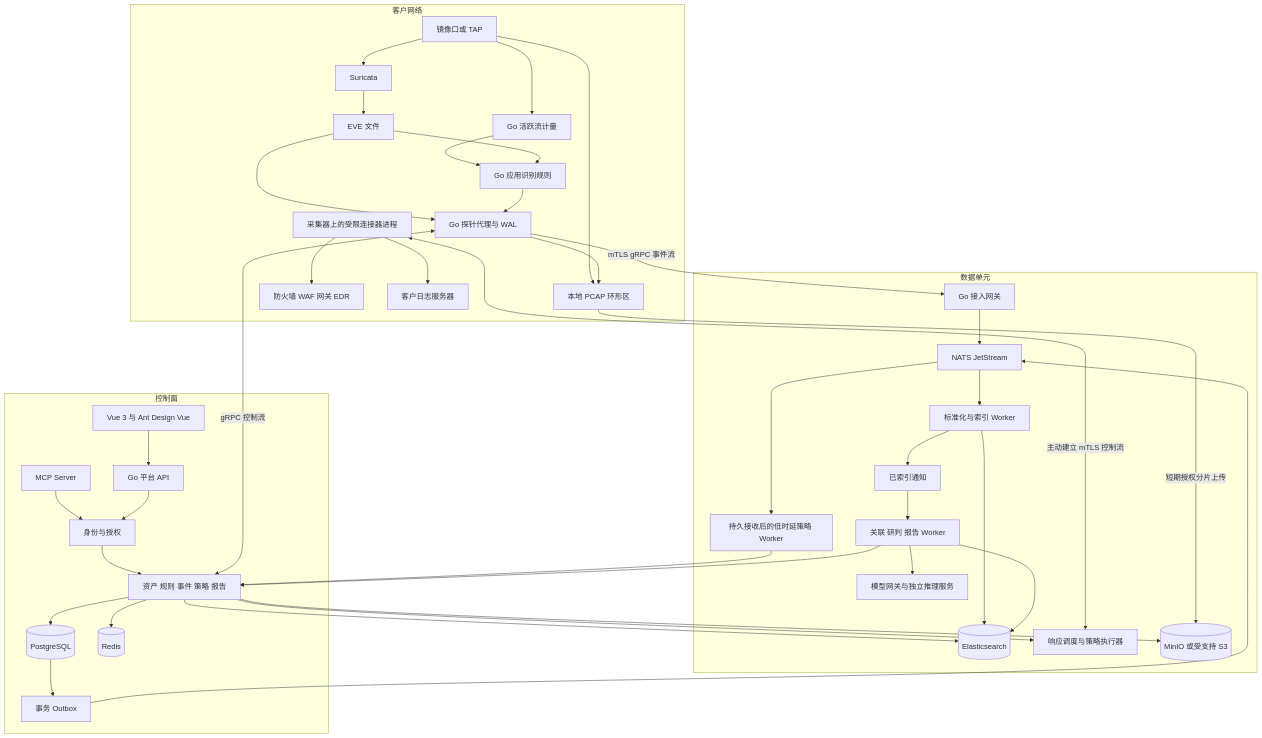
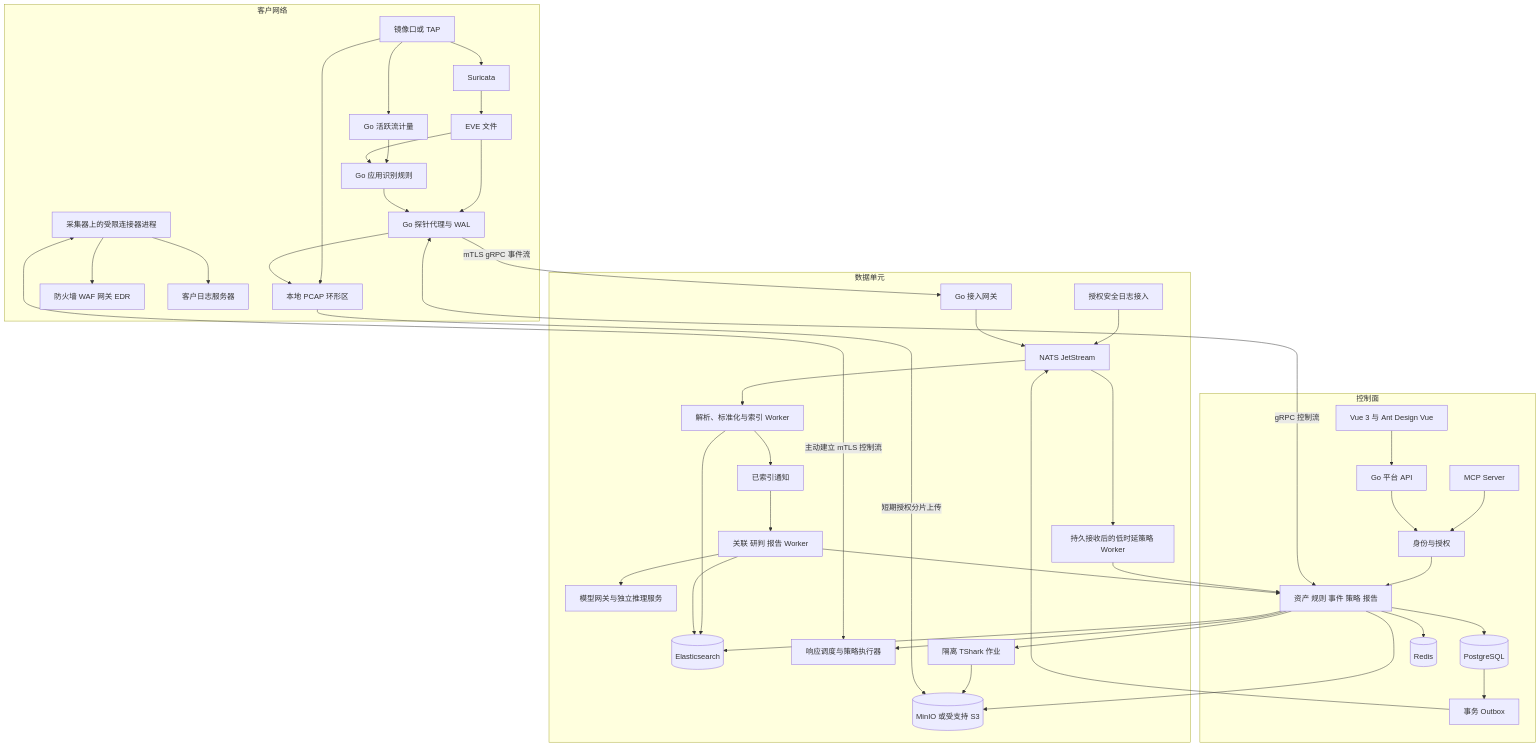
The first of 2 diagrams in docs/架构设计.md (kkx600/StarBeacon), drawn with Mermaid before and after one commit. The commit also changed other lines of this file and 19 other files, not shown here.

````diff
--- a/docs/架构设计.md
+++ b/docs/架构设计.md
@@ -34,49 +36,52 @@
 ```mermaid
 flowchart TB
   subgraph EDGE[客户网络]
     TAP[镜像口或 TAP] --> SUR[Suricata]
     SUR --> EVE[EVE 文件]
     EVE --> AG[Go 探针代理与 WAL]
     TAP --> FM[Go 活跃流计量]
     FM --> APPID[Go 应用识别规则]
     EVE --> APPID
     APPID --> AG
     TAP --> CAP[本地 PCAP 环形区]
     AG --> CAP
     RUN[采集器上的受限连接器进程]
     DEV[防火墙 WAF 网关 EDR]
     RUN --> DEV
     RUN --> LOG[客户日志服务器]
   end
   subgraph CONTROL[控制面]
     UI[Vue 3 与 Ant Design Vue] --> API[Go 平台 API]
     MCP[MCP Server] --> AUTH[身份与授权]
     API --> AUTH
     AUTH --> APP[资产 规则 事件 策略 报告]
     APP --> PG[(PostgreSQL)]
     APP --> CACHE[(Redis)]
     PG --> OUT[事务 Outbox]
   end
   subgraph DATA[数据单元]
+    LI[授权安全日志接入] --> JS
     IG[Go 接入网关] --> JS[NATS JetStream]
-    JS --> IDX[标准化与索引 Worker]
+    JS --> IDX[解析、标准化与索引 Worker]
     JS --> FAST[持久接收后的低时延策略 Worker]
     FAST --> APP
     IDX --> ES[(Elasticsearch)]
     IDX --> READY[已索引通知]
     READY --> AW[关联 研判 报告 Worker]
     AW --> ES
     AW --> MODEL[模型网关与独立推理服务]
     EXEC[响应调度与策略执行器]
     OBJ[(MinIO 或受支持 S3)]
+    PK[隔离 TShark 作业] --> OBJ
   end
   AG -->|mTLS gRPC 事件流| IG
   AG <-->|gRPC 控制流| APP
   RUN <-->|主动建立 mTLS 控制流| EXEC
   CAP -->|短期授权分片上传| OBJ
   APP --> ES
   APP --> OBJ
+  APP --> PK
   APP --> EXEC
   OUT --> JS
   AW --> APP
 ```
````
